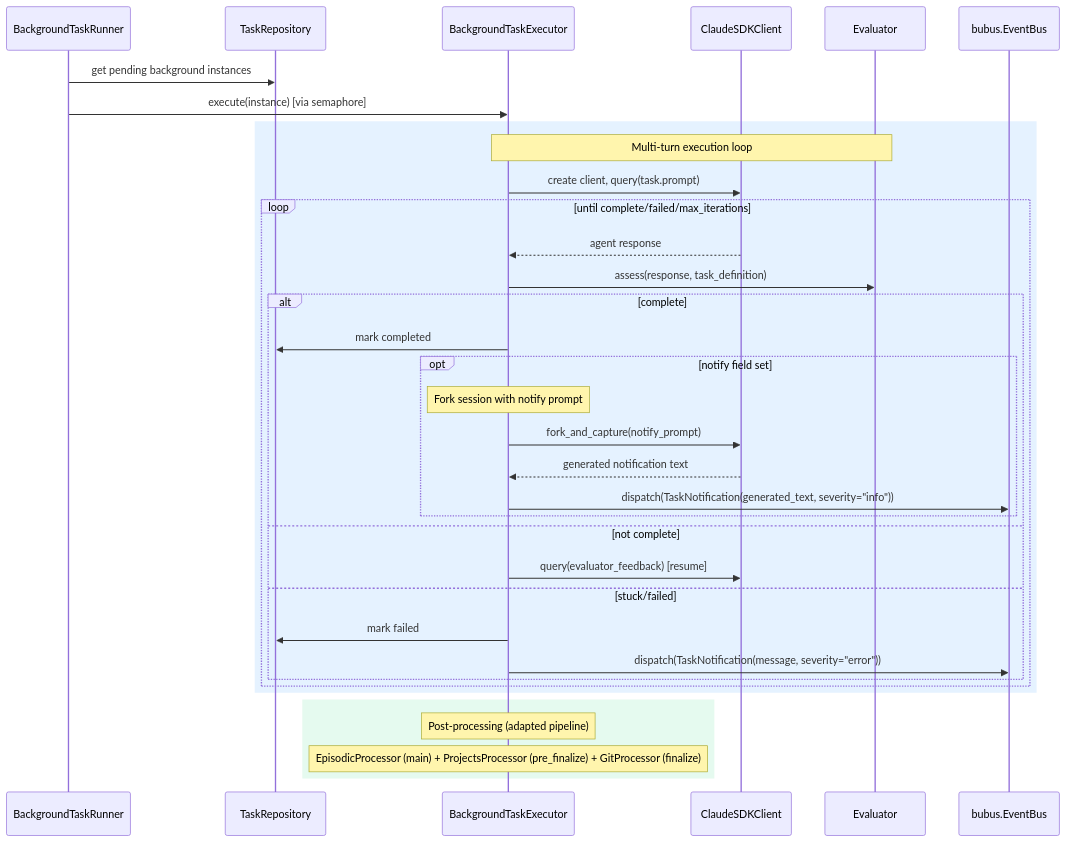
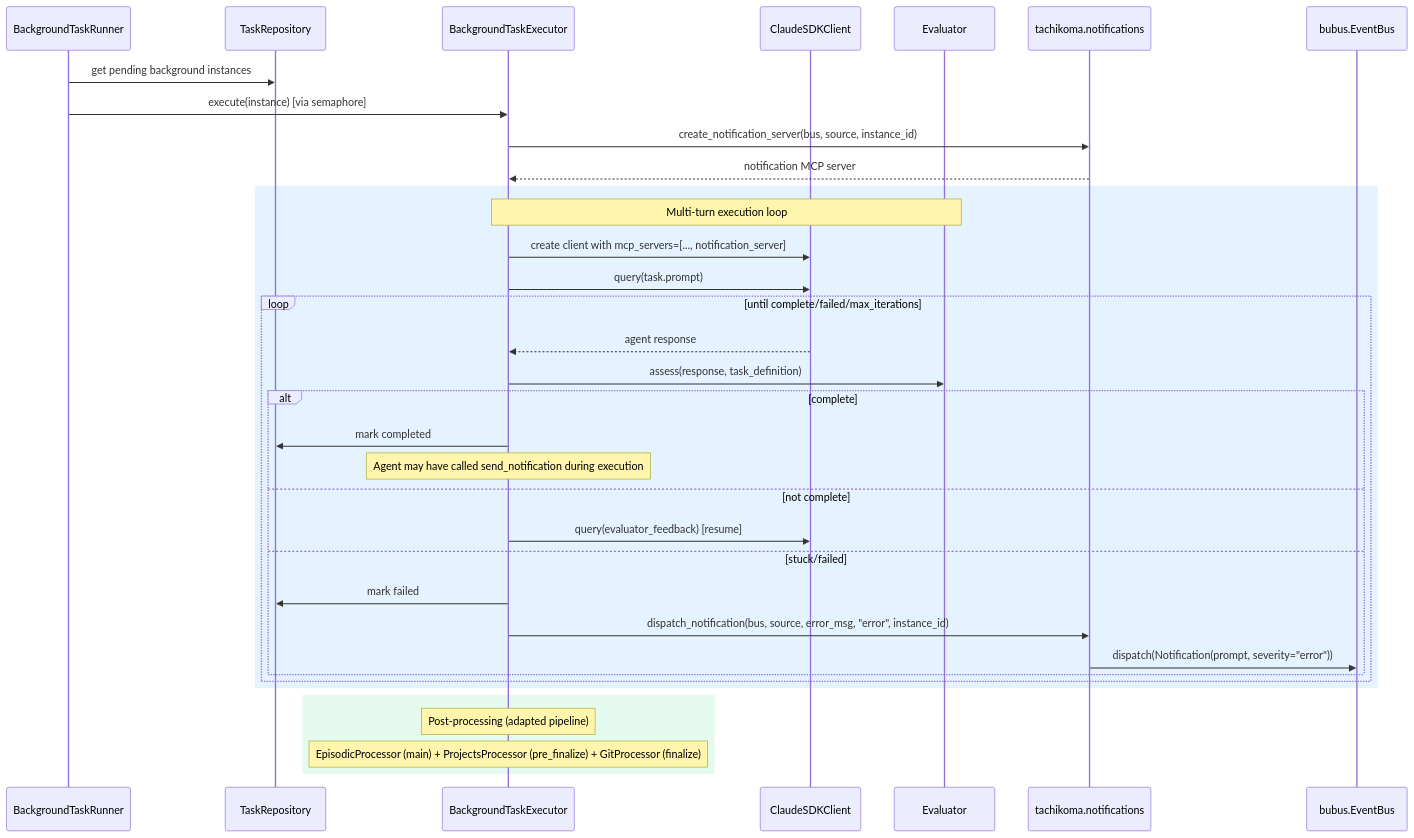
Before and after one commit to asermax/tachikoma: the first of 2 diagrams in docs/feature-designs/tasks/background-task-execution.md, drawn with Mermaid. The commit also changed other lines of this file and 7 other files, not shown here.

First line of the commit message:
docs(tasks): reconcile agent-driven notification changes into feature docs

````diff
--- a/docs/feature-designs/tasks/background-task-execution.md
+++ b/docs/feature-designs/tasks/background-task-execution.md
@@ -62,40 +63,40 @@
 ```mermaid
 sequenceDiagram
     participant Runner as BackgroundTaskRunner
     participant Repo as TaskRepository
     participant Exec as BackgroundTaskExecutor
     participant SDK as ClaudeSDKClient
     participant Eval as Evaluator
+    participant Notif as tachikoma.notifications
     participant Bus as bubus.EventBus
 
     Runner->>Repo: get pending background instances
     Runner->>Exec: execute(instance) [via semaphore]
+    Exec->>Notif: create_notification_server(bus, source, instance_id)
+    Notif-->>Exec: notification MCP server
 
     rect rgba(0, 128, 255, 0.1)
         Note over Exec,Eval: Multi-turn execution loop
-        Exec->>SDK: create client, query(task.prompt)
+        Exec->>SDK: create client with mcp_servers=[..., notification_server]
+        Exec->>SDK: query(task.prompt)
         loop until complete/failed/max_iterations
             SDK-->>Exec: agent response
             Exec->>Eval: assess(response, task_definition)
             alt complete
                 Exec->>Repo: mark completed
-                opt notify field set
-                    Note over Exec: Fork session with notify prompt
-                    Exec->>SDK: fork_and_capture(notify_prompt)
-                    SDK-->>Exec: generated notification text
-                    Exec->>Bus: dispatch(TaskNotification(generated_text, severity="info"))
-                end
+                Note over Exec: Agent may have called send_notification during execution
             else not complete
                 Exec->>SDK: query(evaluator_feedback) [resume]
             else stuck/failed
                 Exec->>Repo: mark failed
-                Exec->>Bus: dispatch(TaskNotification(message, severity="error"))
+                Exec->>Notif: dispatch_notification(bus, source, error_msg, "error", instance_id)
+                Notif->>Bus: dispatch(Notification(prompt, severity="error"))
             end
         end
     end
 
     rect rgba(0, 200, 100, 0.1)
         Note over Exec: Post-processing (adapted pipeline)
         Note over Exec: EpisodicProcessor (main) + ProjectsProcessor (pre_finalize) + GitProcessor (finalize)
     end
 ```
````
